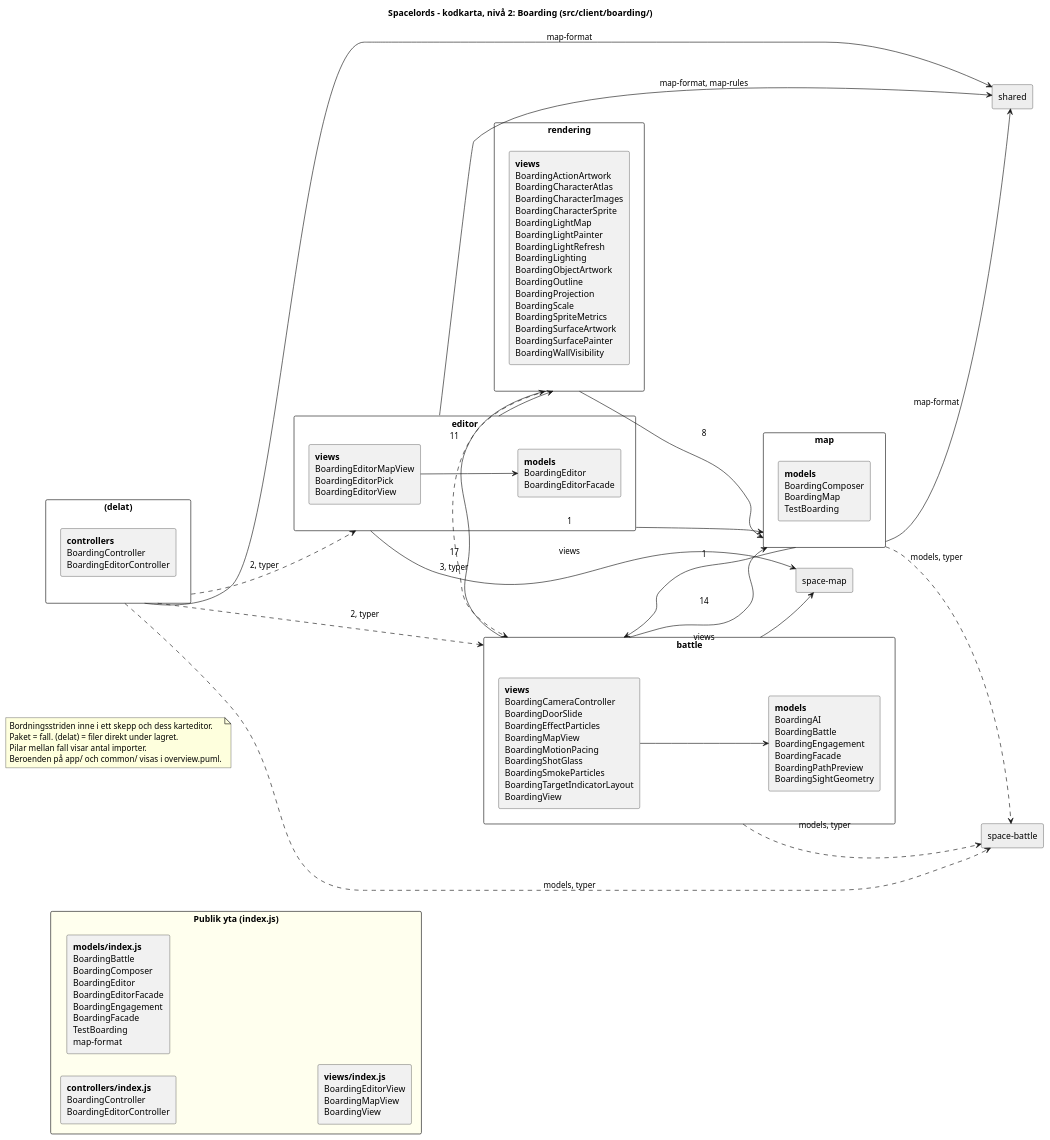
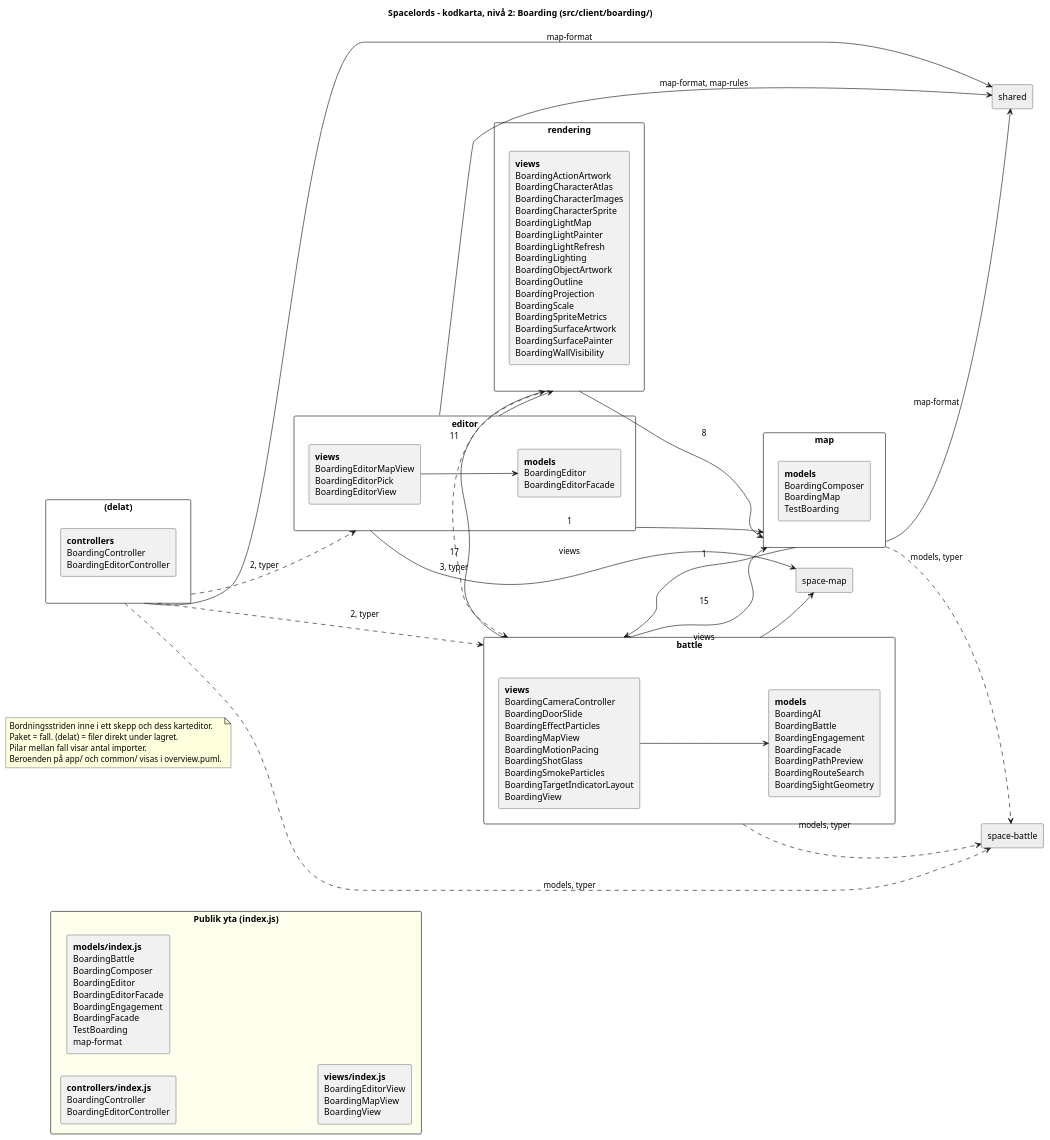
The diagram in docs/architecture/boarding.puml (dntoll/spacelords), drawn with PlantUML before and after one commit. The commit also changed 8 other files, not shown here.

First line of the commit message:
Speed up boarding path search with one cached heap Dijkstra

```diff
--- a/docs/architecture/boarding.puml
+++ b/docs/architecture/boarding.puml
@@ -1,58 +1,58 @@
 @startuml
 ' Generated by scripts/architecture-map.mjs from architecture.config.mjs and
 ' the imports in src/. Do not edit by hand; run npm run architecture:map.
 title Spacelords – kodkarta, nivå 2: Boarding (src/client/boarding/)
 skinparam packageStyle rectangle
 skinparam shadowing false
 left to right direction
 note as about
   Bordningsstriden inne i ett skepp och dess karteditor.
   Paket = fall. (delat) = filer direkt under lagret.
   Pilar mellan fall visar antal importer.
   Beroenden på app/ och common/ visas i overview.puml.
 end note
 package "Publik yta (index.js)" as public_surface #FFFFEE {
   rectangle "<b>controllers/index.js</b>\nBoardingController\nBoardingEditorController" as public__controllers
   rectangle "<b>models/index.js</b>\nBoardingBattle\nBoardingComposer\nBoardingEditor\nBoardingEditorFacade\nBoardingEngagement\nBoardingFacade\nTestBoarding\nmap-format" as public__models
   rectangle "<b>views/index.js</b>\nBoardingEditorView\nBoardingMapView\nBoardingView" as public__views
 }
 package "(delat)" as boarding___delat_ {
   rectangle "<b>controllers</b>\nBoardingController\nBoardingEditorController" as boarding___delat___controllers
 }
 package "battle" as boarding__battle {
-  rectangle "<b>models</b>\nBoardingAI\nBoardingBattle\nBoardingEngagement\nBoardingFacade\nBoardingPathPreview\nBoardingSightGeometry" as boarding__battle__models
+  rectangle "<b>models</b>\nBoardingAI\nBoardingBattle\nBoardingEngagement\nBoardingFacade\nBoardingPathPreview\nBoardingRouteSearch\nBoardingSightGeometry" as boarding__battle__models
   rectangle "<b>views</b>\nBoardingCameraController\nBoardingDoorSlide\nBoardingEffectParticles\nBoardingMapView\nBoardingMotionPacing\nBoardingShotGlass\nBoardingSmokeParticles\nBoardingTargetIndicatorLayout\nBoardingView" as boarding__battle__views
 }
 package "editor" as boarding__editor {
   rectangle "<b>models</b>\nBoardingEditor\nBoardingEditorFacade" as boarding__editor__models
   rectangle "<b>views</b>\nBoardingEditorMapView\nBoardingEditorPick\nBoardingEditorView" as boarding__editor__views
 }
 package "map" as boarding__map {
   rectangle "<b>models</b>\nBoardingComposer\nBoardingMap\nTestBoarding" as boarding__map__models
 }
 package "rendering" as boarding__rendering {
   rectangle "<b>views</b>\nBoardingActionArtwork\nBoardingCharacterAtlas\nBoardingCharacterImages\nBoardingCharacterSprite\nBoardingLightMap\nBoardingLightPainter\nBoardingLightRefresh\nBoardingLighting\nBoardingObjectArtwork\nBoardingOutline\nBoardingProjection\nBoardingScale\nBoardingSpriteMetrics\nBoardingSurfaceArtwork\nBoardingSurfacePainter\nBoardingWallVisibility" as boarding__rendering__views
 }
 rectangle "shared" as ext__shared #EEEEEE
 rectangle "space-battle" as ext__space_battle #EEEEEE
 rectangle "space-map" as ext__space_map #EEEEEE
 boarding__battle__views --> boarding__battle__models
 boarding__editor__views --> boarding__editor__models
 boarding___delat_ ..> boarding__battle : 2, typer
 boarding___delat_ ..> boarding__editor : 2, typer
-boarding__battle --> boarding__map : 14
+boarding__battle --> boarding__map : 15
 boarding__battle --> boarding__rendering : 17
 boarding__editor --> boarding__map : 1
 boarding__editor --> boarding__rendering : 11
 boarding__map --> boarding__battle : 1
 boarding__rendering ..> boarding__battle : 3, typer
 boarding__rendering --> boarding__map : 8
 boarding___delat_ --> ext__shared : map-format
 boarding___delat_ ..> ext__space_battle : models, typer
 boarding__battle ..> ext__space_battle : models, typer
 boarding__battle --> ext__space_map : views
 boarding__editor --> ext__shared : map-format, map-rules
 boarding__editor --> ext__space_map : views
 boarding__map --> ext__shared : map-format
 boarding__map ..> ext__space_battle : models, typer
 @enduml
```
